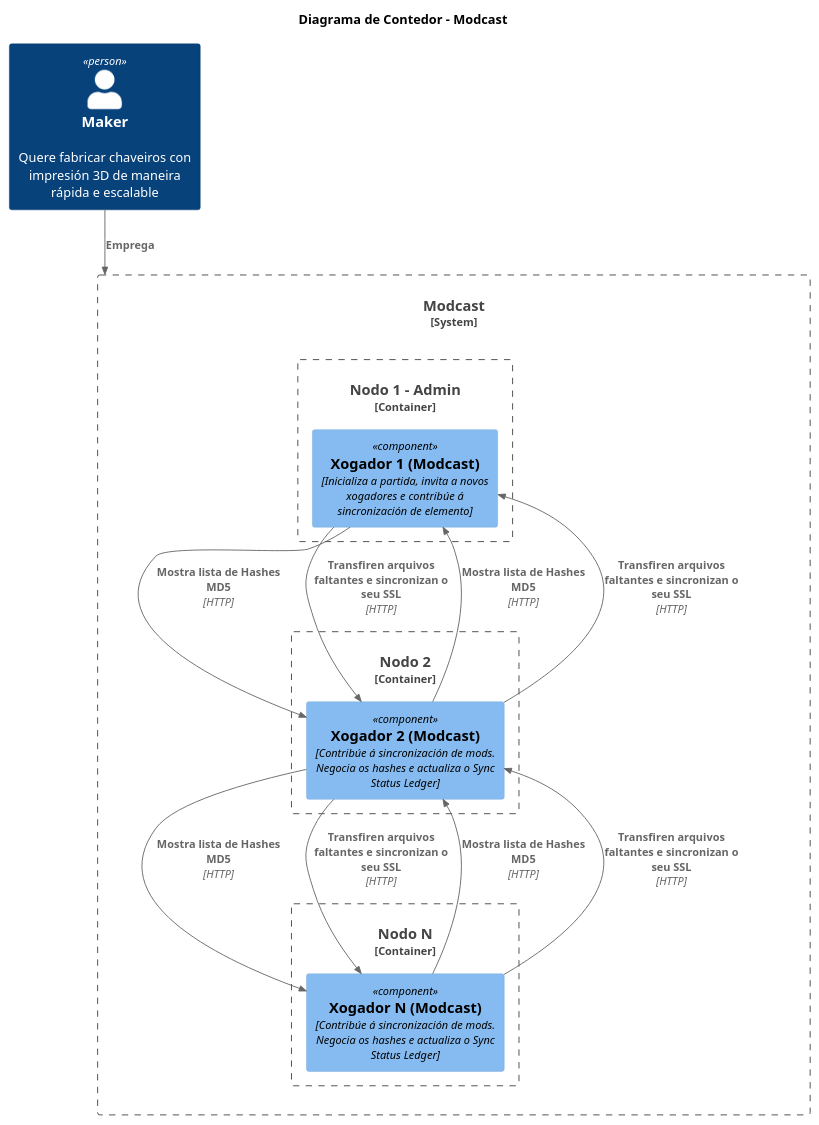
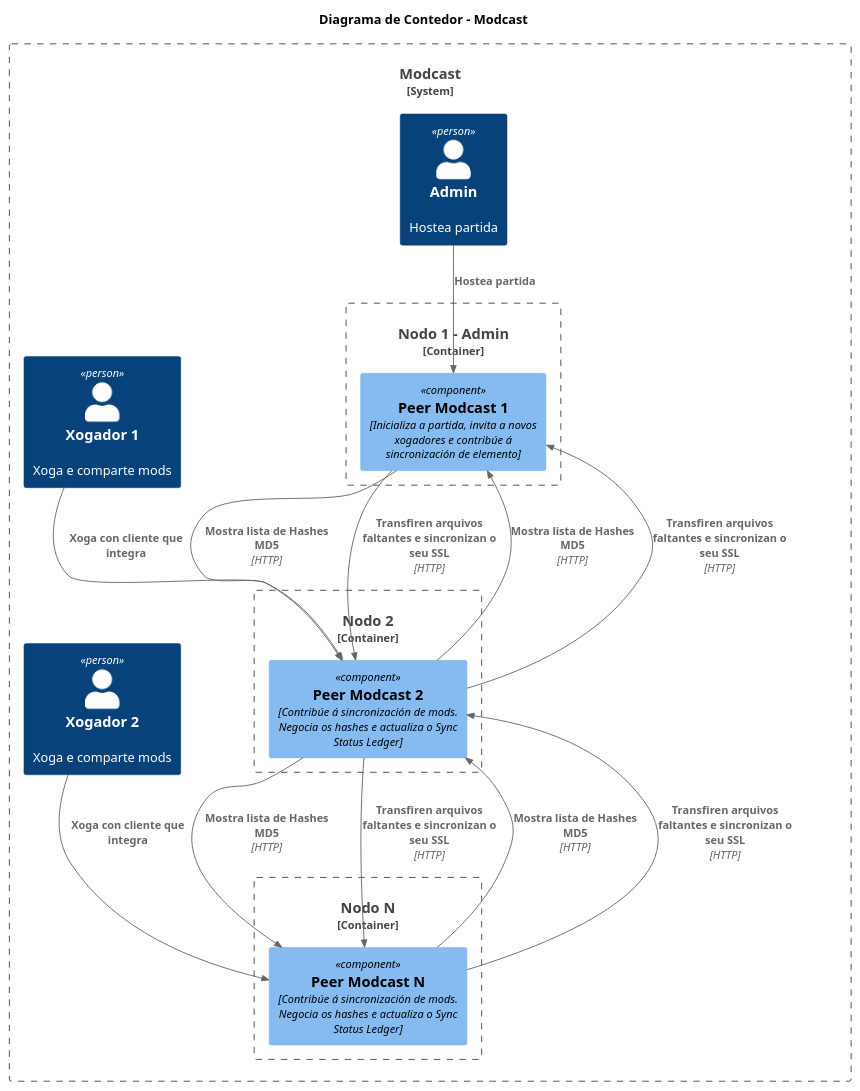
One commit to manuelsrleon/modcast changed the diagram in docs/c4/modcast-c4-container.pu. Above: the diagram before and after it, drawn with PlantUML. The commit also changed 3 other files, not shown here.

```diff
--- a/docs/c4/modcast-c4-container.pu
+++ b/docs/c4/modcast-c4-container.pu
@@ -1,32 +1,38 @@
 @startUML ModeloC4
 !include <C4/C4_Component>
 
 title Diagrama de Contedor - Modcast
 
-Person(maker, "Maker", "Quere fabricar chaveiros con impresión 3D de maneira rápida e escalable")
+
 
 System_Boundary(leaderWorkerSystem, "Modcast") {
+    Person(xogador_admin, "Admin", "Hostea partida")
+    Container_Boundary(node1_admin, "Nodo 1 - Admin") {
+        
+        Component(LeaderComponent,"Peer Modcast 1", "Inicializa a partida, invita a novos xogadores e contribúe á sincronización de elemento", "", "")
+    }
+    Rel(xogador_admin,LeaderComponent, "Hostea partida")
 
-    Container_Boundary(node1_admin, "Nodo 1 - Admin") {
-        Component(LeaderComponent,"Xogador 1 (Modcast)", "Inicializa a partida, invita a novos xogadores e contribúe á sincronización de elemento", "", "")
+    Container_Boundary(node2_admin, "Nodo 2") {
+        Component(peer2_modcast,"Peer Modcast 2", "Contribúe á sincronización de mods. Negocia os hashes e actualiza o Sync Status Ledger", "", "")
+    }
+    
+    Person(xogador_1, "Xogador 1", "Xoga e comparte mods")
+    Rel(xogador_1,peer2_modcast, "Xoga con cliente que integra")
+    Container_Boundary(node_n, "Nodo N") {
+        Component(peerN_modcast,"Peer Modcast N", "Contribúe á sincronización de mods. Negocia os hashes e actualiza o Sync Status Ledger", "", "")
     }
 
-    Container_Boundary(node2_admin, "Nodo 2") {
-        Component(peer2_modcast,"Xogador 2 (Modcast)", "Contribúe á sincronización de mods. Negocia os hashes e actualiza o Sync Status Ledger", "", "")
-    }
-    Container_Boundary(node_n, "Nodo N") {
-        Component(peerN_modcast,"Xogador N (Modcast)", "Contribúe á sincronización de mods. Negocia os hashes e actualiza o Sync Status Ledger", "", "")
-    }
+    Person(xogador_2, "Xogador 2", "Xoga e comparte mods")
+    Rel(xogador_2,peerN_modcast, "Xoga con cliente que integra")
 
     Rel(LeaderComponent, peer2_modcast, "Mostra lista de Hashes MD5", "HTTP")
     Rel(peer2_modcast, LeaderComponent , "Mostra lista de Hashes MD5", "HTTP")
     Rel(peer2_modcast ,peerN_modcast, "Mostra lista de Hashes MD5", "HTTP")
     Rel(peerN_modcast, peer2_modcast, "Mostra lista de Hashes MD5", "HTTP")
     Rel(LeaderComponent, peer2_modcast, "Transfiren arquivos faltantes e sincronizan o seu SSL", "HTTP")
     Rel(peer2_modcast, LeaderComponent , "Transfiren arquivos faltantes e sincronizan o seu SSL", "HTTP")
     Rel(peer2_modcast ,peerN_modcast, "Transfiren arquivos faltantes e sincronizan o seu SSL", "HTTP")
     Rel(peerN_modcast, peer2_modcast, "Transfiren arquivos faltantes e sincronizan o seu SSL", "HTTP")
 }
-
-Rel(maker, leaderWorkerSystem, "Emprega")
 @enduml
```
